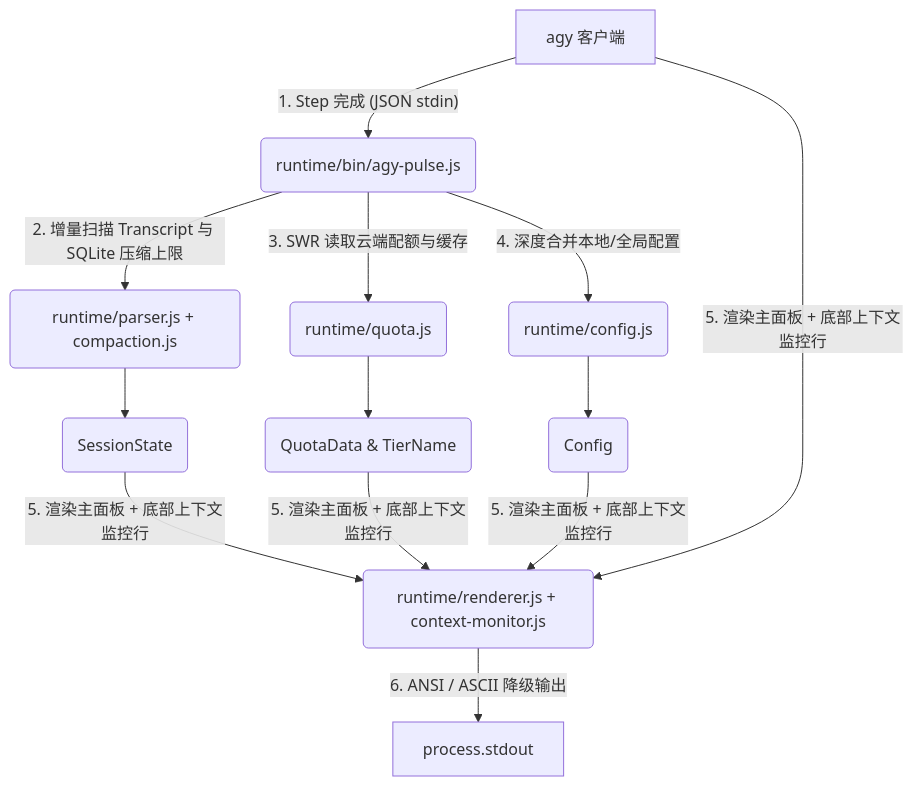
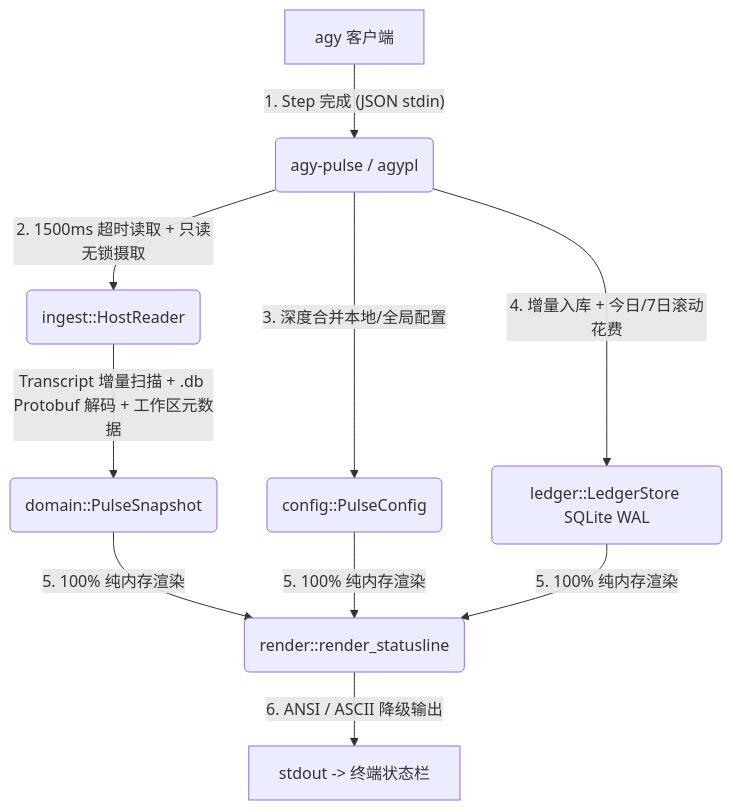
One commit to hardworkDAD/agy-pulse changed the diagram in docs/architecture_zh.md. Above: the diagram before and after it, drawn with Mermaid. The commit also changed other lines of this file and 97 other files, not shown here.

````diff
--- a/docs/architecture_zh.md
+++ b/docs/architecture_zh.md
@@ -14,12 +16,10 @@
 ```mermaid
 graph TD
-    A[agy 客户端] -- "1. Step 完成 (JSON stdin)" --> B(runtime/bin/agy-pulse.js)
-    B -- "2. 增量扫描 Transcript 与 SQLite 压缩上限" --> C(runtime/parser.js + compaction.js)
-    B -- "3. SWR 读取云端配额与缓存" --> D(runtime/quota.js)
-    B -- "4. 深度合并本地/全局配置" --> E(runtime/config.js)
-    C --> F(SessionState)
-    D --> G(QuotaData & TierName)
-    E --> H(Config)
-    F & G & H & A -- "5. 渲染主面板 + 底部上下文监控行" --> I(runtime/renderer.js + context-monitor.js)
-    I -- "6. ANSI / ASCII 降级输出" --> J[process.stdout]
+    A[agy 客户端] -- "1. Step 完成 (JSON stdin)" --> B(agy-pulse / agypl)
+    B -- "2. 1500ms 超时读取 + 只读无锁摄取" --> C(ingest::HostReader)
+    C -- "Transcript 增量扫描 + .db Protobuf 解码 + 工作区元数据" --> D(domain::PulseSnapshot)
+    B -- "3. 深度合并本地/全局配置" --> E(config::PulseConfig)
+    B -- "4. 增量入库 + 今日/7日滚动花费" --> F(ledger::LedgerStore SQLite WAL)
+    D & E & F -- "5. 100% 纯内存渲染" --> G(render::render_statusline)
+    G -- "6. ANSI / ASCII 降级输出" --> H[stdout -> 终端状态栏]
 ```
````
